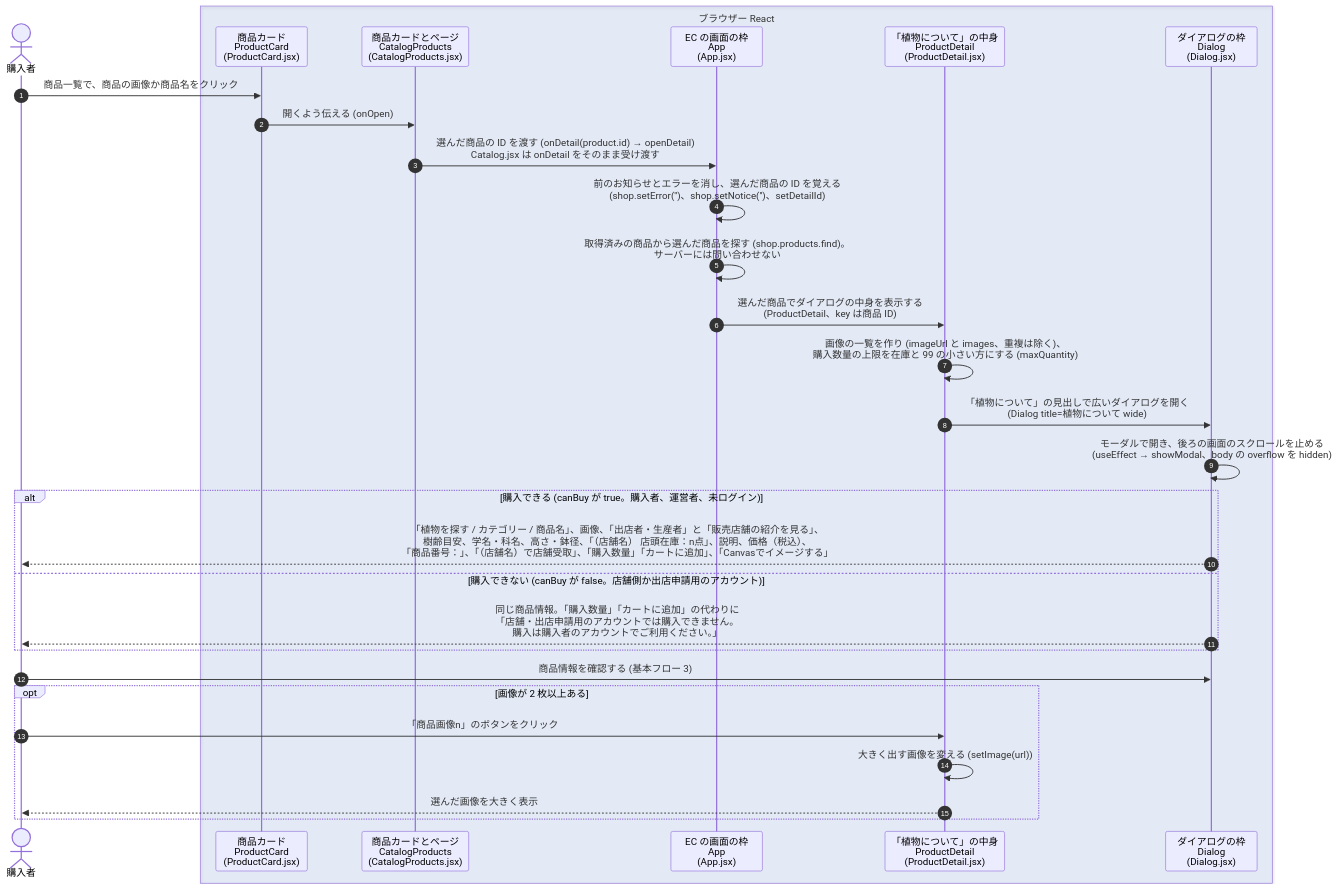
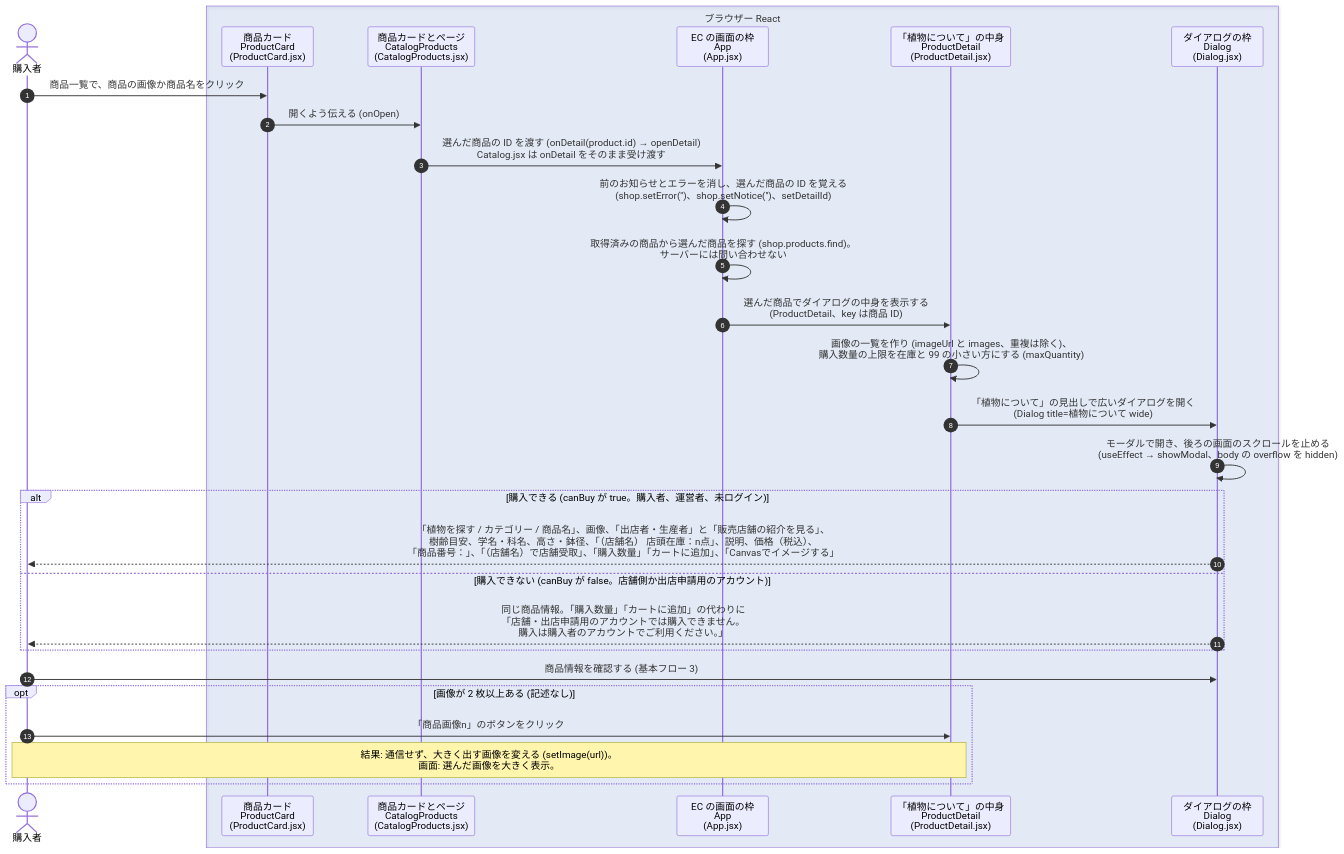
Before and after one commit to abeouga/kusakari-document: the diagram in シーケンス図/kusakari-ec/EC-B04_商品詳細を確認する.md, drawn with Mermaid. The commit also changed other lines of this file and 155 other files, not shown here.

First line of the commit message:
A01〜A03・B01・B02 以外のシーケンス図 51 本を、代替フローと opt を Note に寄せた形に縮め、図の画像を貼る

````diff
--- a/シーケンス図/kusakari-ec/EC-B04_商品詳細を確認する.md
+++ b/シーケンス図/kusakari-ec/EC-B04_商品詳細を確認する.md
@@ -12,34 +13,33 @@
 ```mermaid
 sequenceDiagram
     autonumber
     actor User as 購入者
     box rgba(47,111,219,0.10) ブラウザー React
         participant Card as 商品カード<br/>ProductCard<br/>(ProductCard.jsx)
         participant List as 商品カードとページ<br/>CatalogProducts<br/>(CatalogProducts.jsx)
         participant App as EC の画面の枠<br/>App<br/>(App.jsx)
         participant Detail as 「植物について」の中身<br/>ProductDetail<br/>(ProductDetail.jsx)
         participant Dlg as ダイアログの枠<br/>Dialog<br/>(Dialog.jsx)
     end
 
     User->>Card: 商品一覧で、商品の画像か商品名をクリック
     Card->>List: 開くよう伝える (onOpen)
     List->>App: 選んだ商品の ID を渡す (onDetail(product.id) → openDetail)<br/>Catalog.jsx は onDetail をそのまま受け渡す
     App->>App: 前のお知らせとエラーを消し、選んだ商品の ID を覚える<br/>(shop.setError('')、shop.setNotice('')、setDetailId)
     App->>App: 取得済みの商品から選んだ商品を探す (shop.products.find)。<br/>サーバーには問い合わせない
     App->>Detail: 選んだ商品でダイアログの中身を表示する<br/>(ProductDetail、key は商品 ID)
     Detail->>Detail: 画像の一覧を作り (imageUrl と images、重複は除く)、<br/>購入数量の上限を在庫と 99 の小さい方にする (maxQuantity)
     Detail->>Dlg: 「植物について」の見出しで広いダイアログを開く<br/>(Dialog title=植物について wide)
     Dlg->>Dlg: モーダルで開き、後ろの画面のスクロールを止める<br/>(useEffect → showModal、body の overflow を hidden)
     alt 購入できる (canBuy が true。購入者、運営者、未ログイン)
         Dlg-->>User: 「植物を探す / カテゴリー / 商品名」、画像、「出店者・生産者」と「販売店舗の紹介を見る」、<br/>樹齢目安、学名・科名、高さ・鉢径、「（店舗名） 店頭在庫：n点」、説明、価格（税込）、<br/>「商品番号：」、「（店舗名）で店舗受取」、「購入数量」「カートに追加」、「Canvasでイメージする」
     else 購入できない (canBuy が false。店舗側か出店申請用のアカウント)
         Dlg-->>User: 同じ商品情報。「購入数量」「カートに追加」の代わりに<br/>「店舗・出店申請用のアカウントでは購入できません。<br/>購入は購入者のアカウントでご利用ください。」
     end
 
     User->>Dlg: 商品情報を確認する (基本フロー 3)
-    opt 画像が 2 枚以上ある
+    opt 画像が 2 枚以上ある (記述なし)
         User->>Detail: 「商品画像n」のボタンをクリック
-        Detail->>Detail: 大きく出す画像を変える (setImage(url))
-        Detail-->>User: 選んだ画像を大きく表示
+        Note over User,Detail: 結果: 通信せず、大きく出す画像を変える (setImage(url))。<br/>画面: 選んだ画像を大きく表示。
     end
 ```
````
